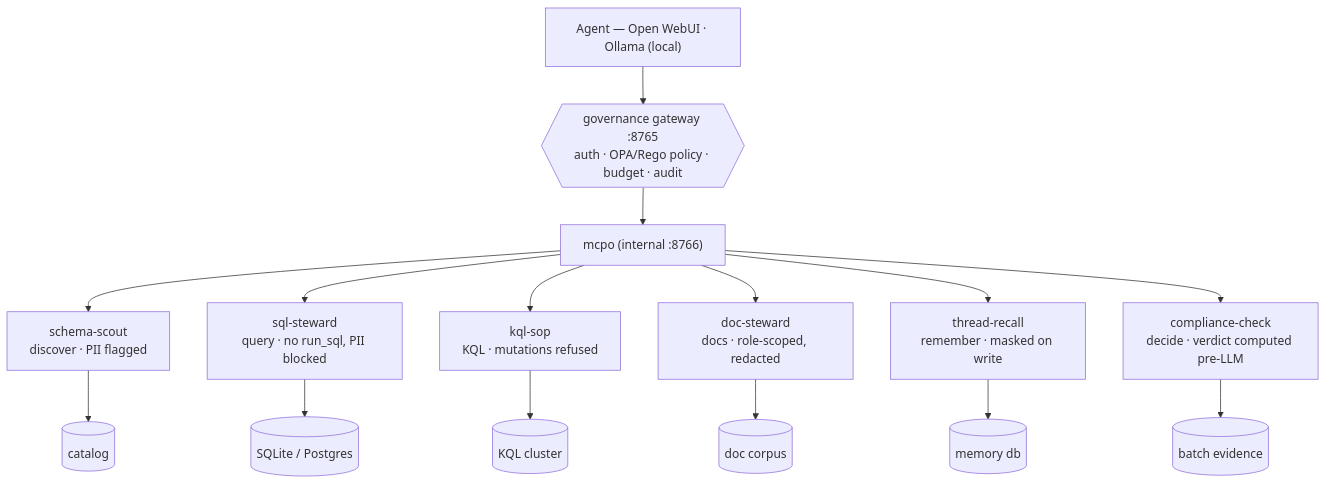
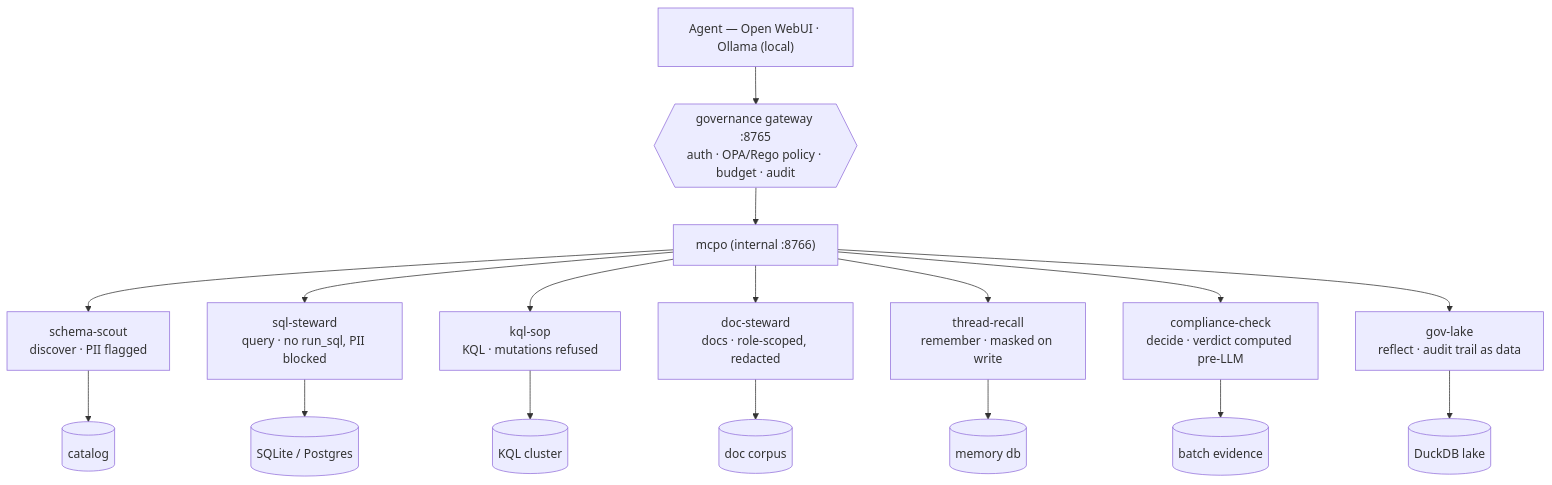
One commit to Pawansingh3889/governed-stack-demo changed the diagram in README.md. Above: the diagram before and after it, drawn with Mermaid. The commit also changed other lines of this file, not shown here.

Commit message:
Count gov-lake in the README: seven servers, reflect leg in the loop

````diff
--- a/README.md
+++ b/README.md
@@ -28,17 +29,19 @@
 ```mermaid
 flowchart TD
     A["Agent — Open WebUI · Ollama (local)"] --> GW{{"governance gateway :8765<br/>auth · OPA/Rego policy · budget · audit"}}
     GW --> G["mcpo (internal :8766)"]
     G --> S1["schema-scout<br/>discover · PII flagged"]
     G --> S2["sql-steward<br/>query · no run_sql, PII blocked"]
     G --> S3["kql-sop<br/>KQL · mutations refused"]
     G --> S4["doc-steward<br/>docs · role-scoped, redacted"]
     G --> S5["thread-recall<br/>remember · masked on write"]
     G --> S6["compliance-check<br/>decide · verdict computed pre-LLM"]
+    G --> S7["gov-lake<br/>reflect · audit trail as data"]
     S1 --> B1[("catalog")]
     S2 --> B2[("SQLite / Postgres")]
     S3 --> B3[("KQL cluster")]
     S4 --> B4[("doc corpus")]
     S5 --> B5[("memory db")]
     S6 --> B6[("batch evidence")]
+    S7 --> B7[("DuckDB lake")]
 ```
````
